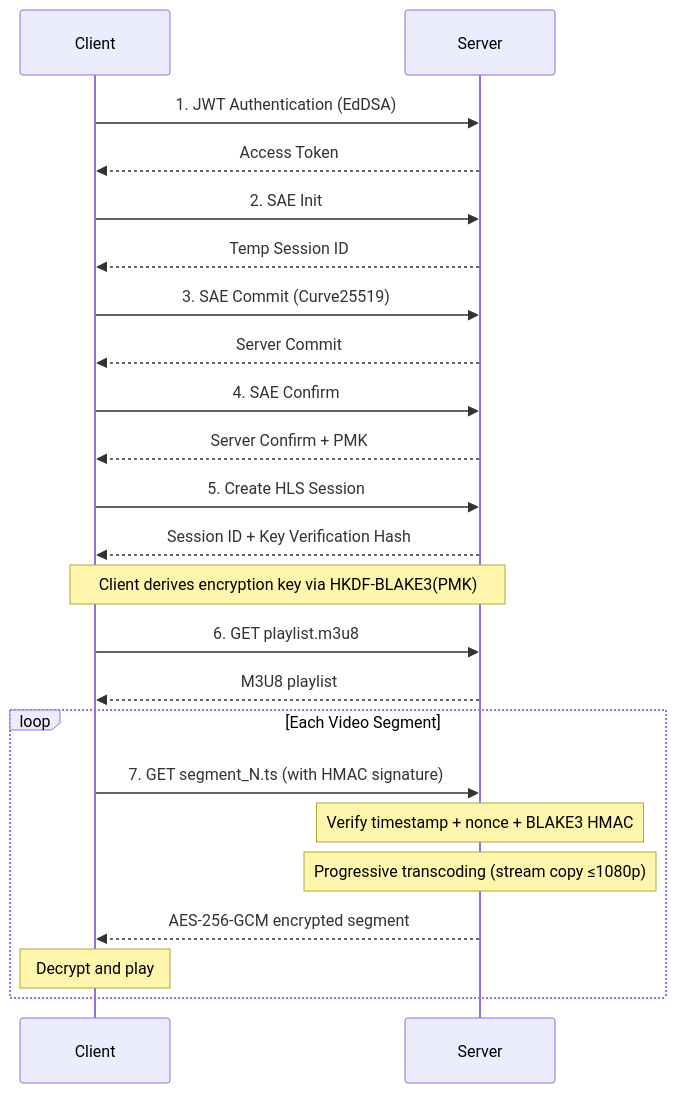
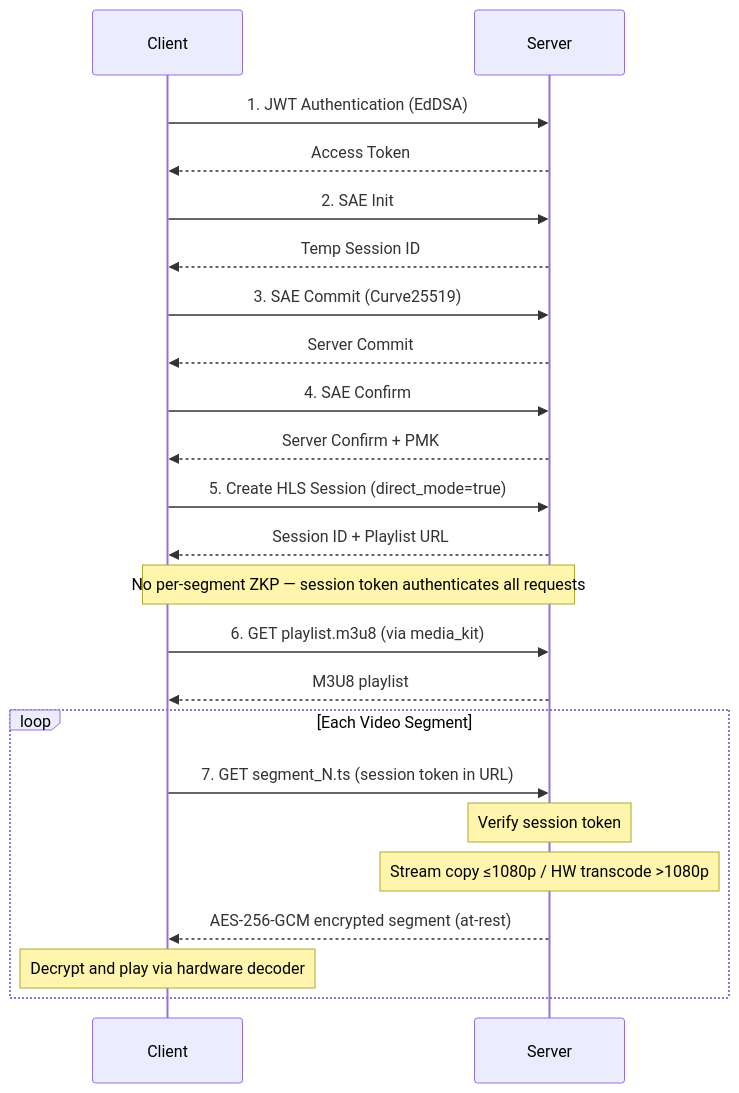
The second of 4 diagrams in README.md (blueokanna/RockZeroOS-Service), drawn with Mermaid before and after one commit. The commit also changed other lines of this file and 4 other files, not shown here.

````diff
--- a/README.md
+++ b/README.md
@@ -86,33 +87,33 @@
 ```mermaid
 sequenceDiagram
     participant C as Client
     participant S as Server
     
     C->>S: 1. JWT Authentication (EdDSA)
     S-->>C: Access Token
     
     C->>S: 2. SAE Init
     S-->>C: Temp Session ID
     
     C->>S: 3. SAE Commit (Curve25519)
     S-->>C: Server Commit
     
     C->>S: 4. SAE Confirm
     S-->>C: Server Confirm + PMK
     
-    C->>S: 5. Create HLS Session
-    S-->>C: Session ID + Key Verification Hash
+    C->>S: 5. Create HLS Session (direct_mode=true)
+    S-->>C: Session ID + Playlist URL
     
-    Note over C,S: Client derives encryption key via HKDF-BLAKE3(PMK)
+    Note over C,S: No per-segment ZKP — session token authenticates all requests
     
-    C->>S: 6. GET playlist.m3u8
+    C->>S: 6. GET playlist.m3u8 (via media_kit)
     S-->>C: M3U8 playlist
     
     loop Each Video Segment
-        C->>S: 7. GET segment_N.ts (with HMAC signature)
-        Note over S: Verify timestamp + nonce + BLAKE3 HMAC
-        Note over S: Progressive transcoding (stream copy ≤1080p)
-        S-->>C: AES-256-GCM encrypted segment
-        Note over C: Decrypt and play
+        C->>S: 7. GET segment_N.ts (session token in URL)
+        Note over S: Verify session token
+        Note over S: Stream copy ≤1080p / HW transcode >1080p
+        S-->>C: AES-256-GCM encrypted segment (at-rest)
+        Note over C: Decrypt and play via hardware decoder
     end
 ```
````
